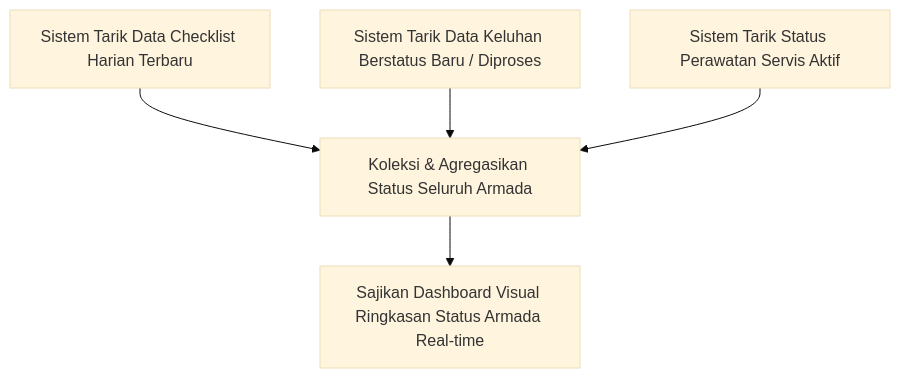
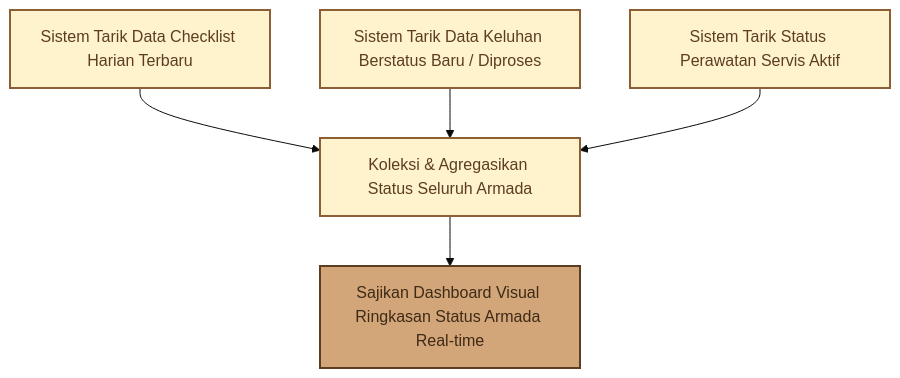
One commit to nazwasalsabila181718-droid/manajemen_perawatan changed the sixth of 13 diagrams in docs/DOKUMENTASI_MODULE_SISTEM.md. Above: the diagram before and after it, drawn with Mermaid (base theme). The commit also changed other lines of this file, not shown here.

Commit message:
style: tambahkan tema warna kuning-coklat pada diagram mermaid

````diff
--- a/docs/DOKUMENTASI_MODULE_SISTEM.md
+++ b/docs/DOKUMENTASI_MODULE_SISTEM.md
@@ -138,7 +168,13 @@
 ```mermaid
 flowchart TD
+    classDef default fill:#FFF3CD,stroke:#8B5E34,stroke-width:2px,color:#5C3D1F;
+    classDef highlight fill:#D2A679,stroke:#5C3D1F,stroke-width:2px,color:#3E2A17;
+
     A[Sistem Tarik Data Checklist Harian Terbaru] --> D[Koleksi & Agregasikan Status Seluruh Armada]
     B[Sistem Tarik Data Keluhan Berstatus Baru / Diproses] --> D
     C[Sistem Tarik Status Perawatan Servis Aktif] --> D
     D --> E[Sajikan Dashboard Visual Ringkasan Status Armada Real-time]
+
+    class A,B,C,D default;
+    class E highlight;
 ```
````
